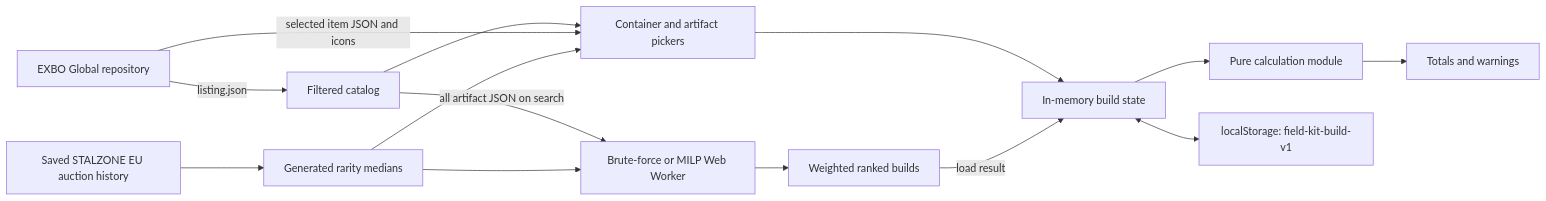
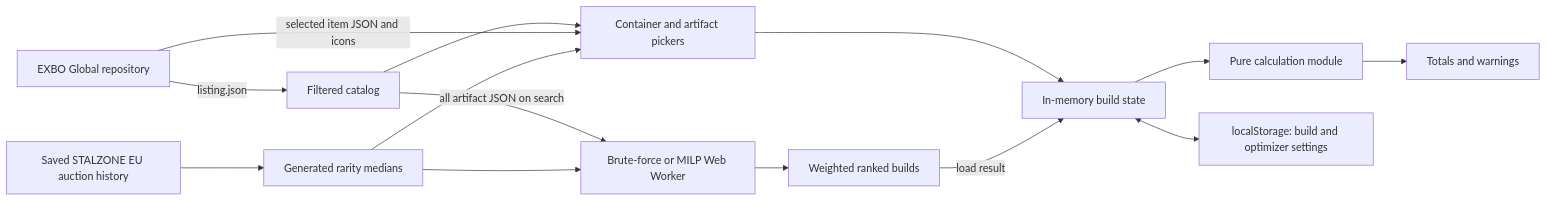
Before and after one commit to mzmrk/stalzone-field-kit: the diagram in docs/architecture.md, drawn with Mermaid. The commit also changed other lines of this file and 4 other files, not shown here.

Commit message:
optimizer,ui,docs: preserve filter choices across refreshes (added versioned settings storage and isolated reset)

````diff
--- a/docs/architecture.md
+++ b/docs/architecture.md
@@ -18,16 +18,16 @@
 ```mermaid
 flowchart LR
     EXBO["EXBO Global repository"] -->|listing.json| Catalog["Filtered catalog"]
     Snapshot["Saved STALZONE EU auction history"] --> PriceIndex["Generated rarity medians"]
     Catalog --> Picker["Container and artifact pickers"]
     EXBO -->|selected item JSON and icons| Picker
     PriceIndex --> Picker
     Picker --> Build["In-memory build state"]
     Build --> Calculator["Pure calculation module"]
     Calculator --> Results["Totals and warnings"]
-    Build <--> Storage["localStorage: field-kit-build-v1"]
+    Build <--> Storage["localStorage: build and optimizer settings"]
     Catalog -->|all artifact JSON on search| Optimizer["Brute-force or MILP Web Worker"]
     PriceIndex --> Optimizer
     Optimizer --> Ranked["Weighted ranked builds"]
     Ranked -->|load result| Build
 ```
````
